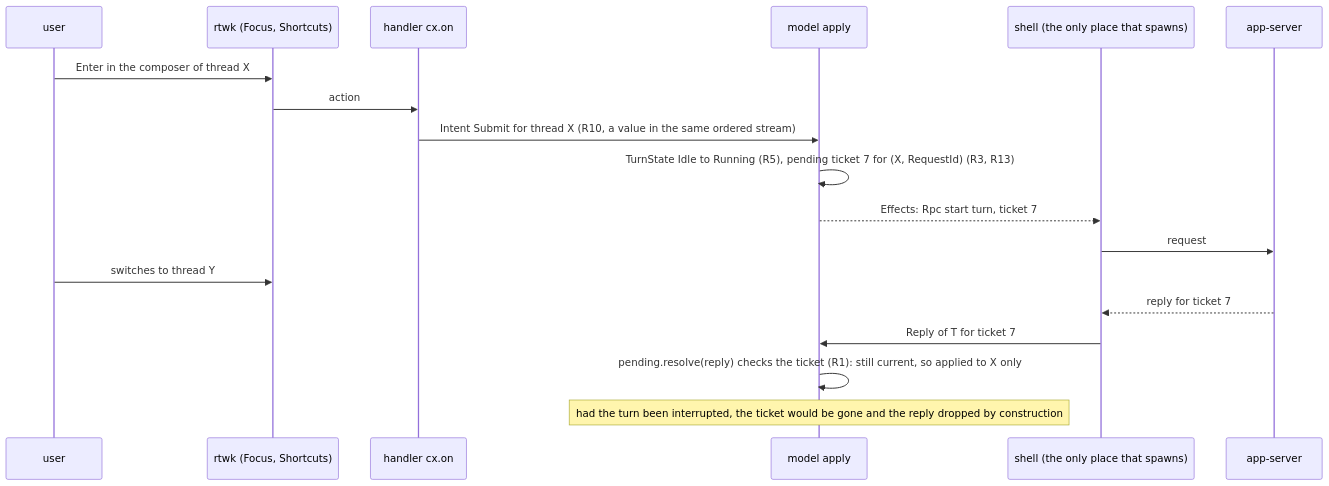
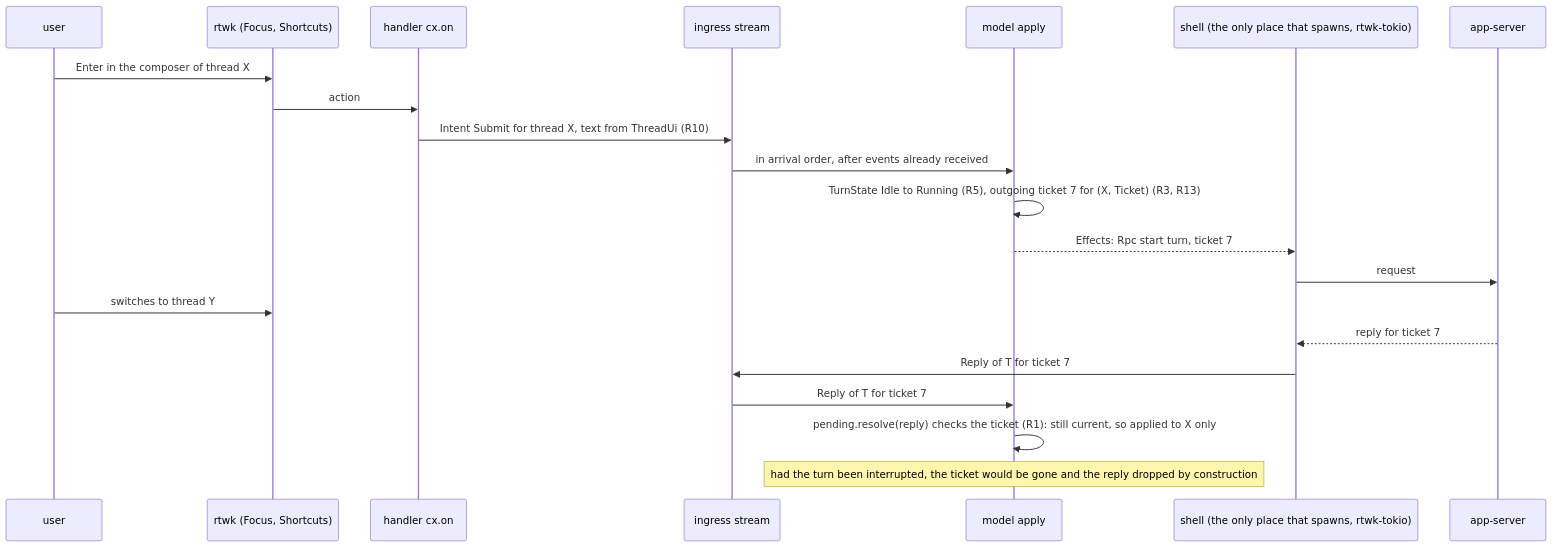
The fifth of 11 diagrams in docs/rtwk-port/design.md (Maryarty/CodexCLI), drawn with Mermaid before and after one commit. The commit also changed other lines of this file and 10 other files, not shown here.

First line of the commit message:
arch-review: independent Opus review of the architecture; findings fixed

````diff
--- a/docs/rtwk-port/design.md
+++ b/docs/rtwk-port/design.md
@@ -127,20 +130,23 @@
 ```mermaid
 sequenceDiagram
   participant U as user
   participant R as rtwk (Focus, Shortcuts)
   participant H as handler cx.on
+  participant IN as ingress stream
   participant M as model apply
-  participant SH as shell (the only place that spawns)
+  participant SH as shell (the only place that spawns, rtwk-tokio)
   participant AS as app-server
   U->>R: Enter in the composer of thread X
   R->>H: action
-  H->>M: Intent Submit for thread X (R10, a value in the same ordered stream)
-  M->>M: TurnState Idle to Running (R5), pending ticket 7 for (X, RequestId) (R3, R13)
+  H->>IN: Intent Submit for thread X, text from ThreadUi (R10)
+  IN->>M: in arrival order, after events already received
+  M->>M: TurnState Idle to Running (R5), outgoing ticket 7 for (X, Ticket) (R3, R13)
   M-->>SH: Effects: Rpc start turn, ticket 7
   SH->>AS: request
   U->>R: switches to thread Y
   AS-->>SH: reply for ticket 7
-  SH->>M: Reply of T for ticket 7
+  SH->>IN: Reply of T for ticket 7
+  IN->>M: Reply of T for ticket 7
   M->>M: pending.resolve(reply) checks the ticket (R1): still current, so applied to X only
   Note over M: had the turn been interrupted, the ticket would be gone and the reply dropped by construction
 ```
````
